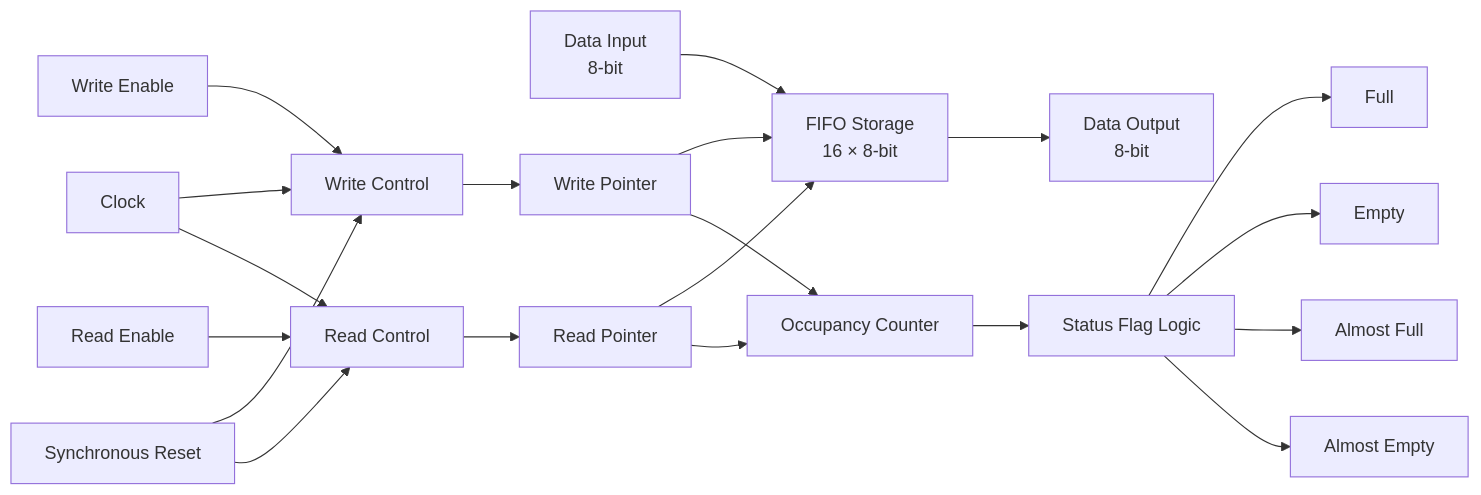
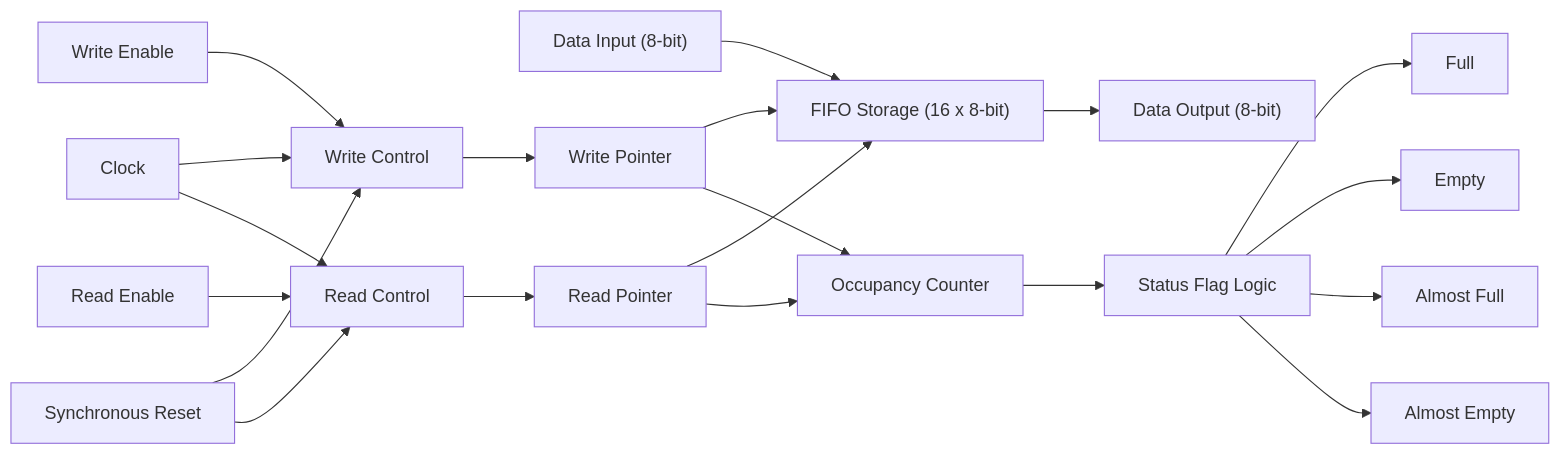
Before and after one commit to Varun1012345/SYNC_FIFO: the diagram in README.md, drawn with Mermaid.

Commit message:
Add FIFO architecture diagram

````diff
--- a/README.md
+++ b/README.md
@@ -33,27 +33,27 @@
 ```mermaid
 flowchart LR
-    DI["Data Input<br/>8-bit"] --> MEM["FIFO Storage<br/>16 × 8-bit"]
-    MEM --> DO["Data Output<br/>8-bit"]
+    DI["Data Input (8-bit)"] --> MEM["FIFO Storage (16 x 8-bit)"]
+    MEM --> DO["Data Output (8-bit)"]
 
     WE["Write Enable"] --> WC["Write Control"]
     RE["Read Enable"] --> RC["Read Control"]
     CLK["Clock"] --> WC
     CLK --> RC
     RST["Synchronous Reset"] --> WC
     RST --> RC
 
     WC --> WP["Write Pointer"]
     RC --> RP["Read Pointer"]
 
     WP --> MEM
     RP --> MEM
 
     WP --> OCC["Occupancy Counter"]
     RP --> OCC
 
     OCC --> FLAGS["Status Flag Logic"]
     FLAGS --> FULL["Full"]
     FLAGS --> EMPTY["Empty"]
     FLAGS --> AF["Almost Full"]
     FLAGS --> AE["Almost Empty"]
 ```
````
